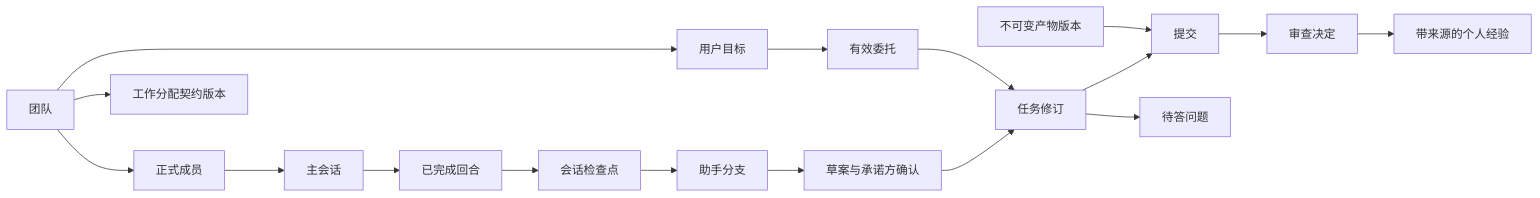
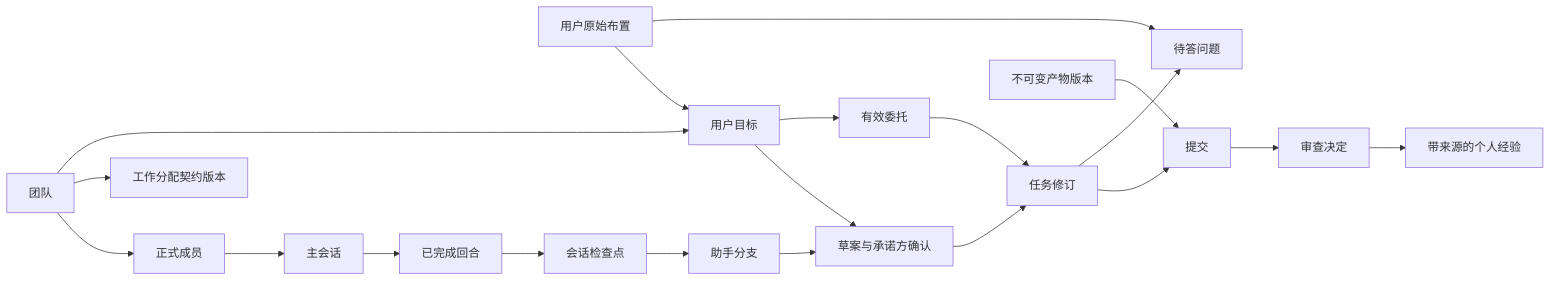
Before and after one commit to zjy0481/Multi-Agent_Collaboration_System: the diagram in docs/grill_result/agent-collaboration/domain-model.md, drawn with Mermaid. The commit also changed other lines of this file and 3 other files, not shown here.

````diff
--- a/docs/grill_result/agent-collaboration/domain-model.md
+++ b/docs/grill_result/agent-collaboration/domain-model.md
@@ -7,19 +7,22 @@
 ```mermaid
 flowchart LR
     Team[团队] --> Member[正式成员]
     Team --> Contract[工作分配契约版本]
     Team --> Goal[用户目标]
+    Request[用户原始布置] --> Goal
+    Goal --> Proposal[草案与承诺方确认]
     Goal --> Task[有效委托]
-    Proposal[草案与承诺方确认] --> Revision[任务修订]
+    Proposal --> Revision[任务修订]
     Task --> Revision
     Revision --> Submission[提交]
     Version[不可变产物版本] --> Submission
     Submission --> Review[审查决定]
     Member --> Session[主会话]
     Session --> Turn[已完成回合]
     Turn --> Checkpoint[会话检查点]
     Checkpoint --> Branch[助手分支]
     Branch --> Proposal
-    Revision --> Question[待答问题]
+    Request --> Question[待答问题]
+    Revision --> Question
     Review --> Lesson[带来源的个人经验]
 ```
````
